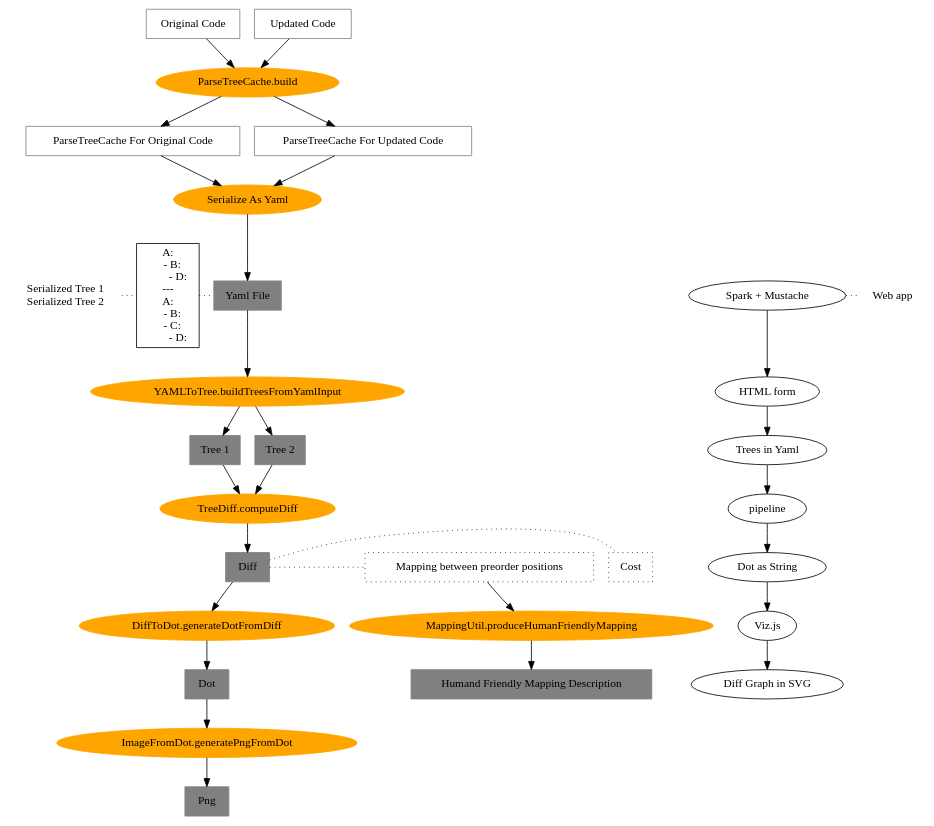
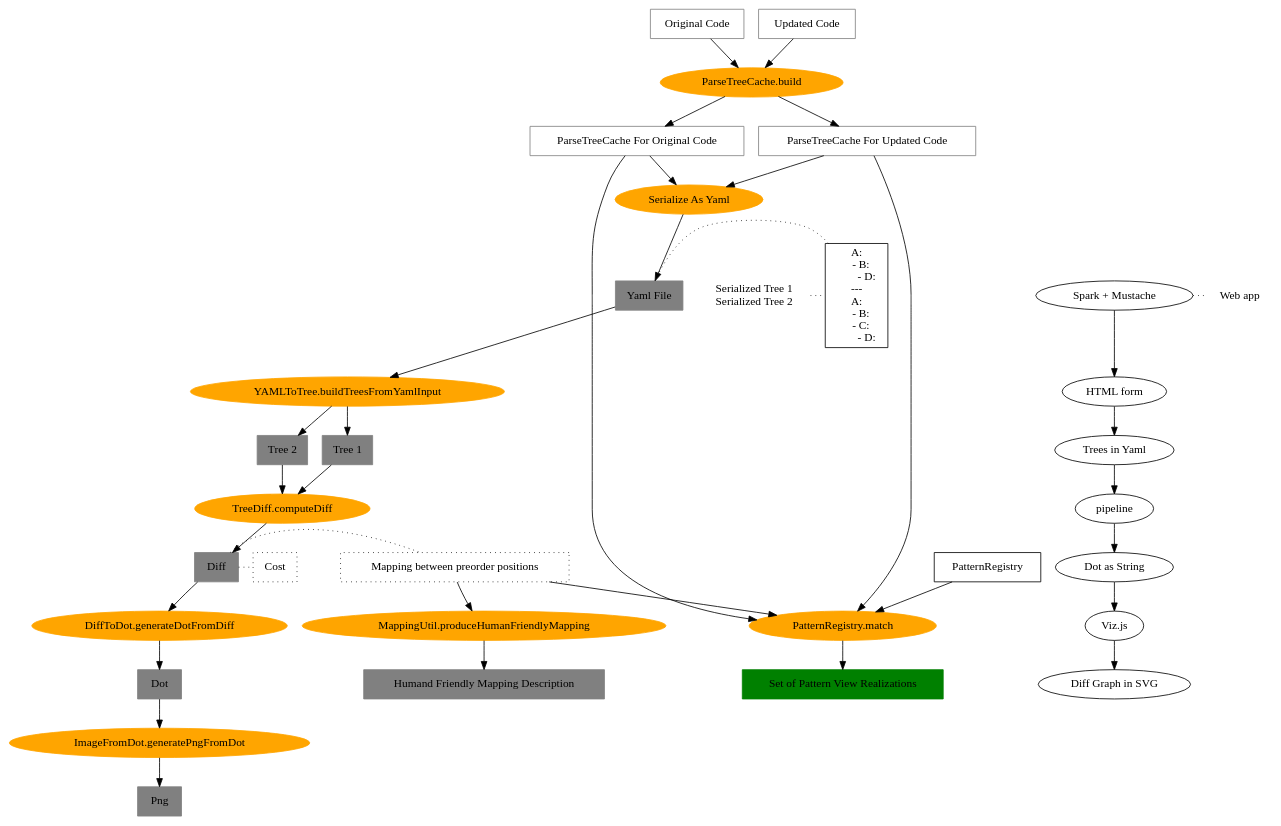
One commit to cagdasgerede/Veysel changed the diagram in doc/pipeline/Pipeline.dot. Above: the diagram before and after it, drawn with Graphviz. The commit also changed 1 other file, not shown here.

Commit message:
Add patterns and pattern registry to pipeline image

```diff
--- a/doc/pipeline/Pipeline.dot
+++ b/doc/pipeline/Pipeline.dot
@@ -1,68 +1,77 @@
 digraph G {
   "Original Code" [shape=box color=gray];
   "Updated Code" [shape=box color=gray];
   "ParseTreeCache For Original Code" [shape=box color=gray];
   "ParseTreeCache For Updated Code" [shape=box color=gray];
   "ParseTreeCache.build" [color=orange style=filled];
   "Original Code" -> "ParseTreeCache.build";
   "Updated Code" -> "ParseTreeCache.build";
   "ParseTreeCache.build" -> "ParseTreeCache For Original Code";
   "ParseTreeCache.build" -> "ParseTreeCache For Updated Code";
   "Serialize As Yaml" [color=orange style=filled];
   "ParseTreeCache For Original Code" -> "Serialize As Yaml";
   "ParseTreeCache For Updated Code" -> "Serialize As Yaml";
   "Serialize As Yaml" -> "Yaml File";
 
   
   "YamlContentLabel" [label="Serialized Tree 1\nSerialized Tree 2" shape=plaintext];
   "Yaml File" [shape=box color=gray style=filled];
   "YamlContent" [label="A:\n    - B:\n        - D:\n---\nA:\n    - B:\n    - C:\n        - D:" shape=box];
   { rank=same; "Yaml File" "YamlContent" "YamlContentLabel" }
   "Tree 1" [shape=box color=gray style=filled];
   "Tree 2" [shape=box color=gray style=filled];
   "Diff" [group=g1 shape=box color=gray style=filled];
   "Dot" [shape=box color=gray style=filled];
   "Png" [shape=box color=gray style=filled];
   "Humand Friendly Mapping Description" [shape=box color=gray style=filled];
   "Cost" [shape=box style=dotted];
   "Mapping between preorder positions" [group=g3 shape=box style=dotted];
 
   "YAMLToTree.buildTreesFromYamlInput" [color=orange style=filled];
   "TreeDiff.computeDiff" [color=orange style=filled];
   "DiffToDot.generateDotFromDiff" [group=g2 color=orange style=filled];
   "ImageFromDot.generatePngFromDot" [color=orange style=filled];
   "MappingUtil.produceHumanFriendlyMapping" [group=g4 color=orange style=filled];
   { rank=same; "DiffToDot.generateDotFromDiff" "MappingUtil.produceHumanFriendlyMapping" };
   { rank=same; "Diff" "Mapping between preorder positions" "Cost"};
 
 
   "Spark + Mustache";
   "WebLabel" [label="Web app" shape=plaintext];
   "Spark + Mustache" -> "WebLabel" [style=dotted arrowhead=none];
   "Spark + Mustache" -> "HTML form" -> "Trees in Yaml" -> "pipeline" -> "Dot as String" -> "Viz.js" -> "Diff Graph in SVG";
   { rank=same; "Yaml File" "Spark + Mustache" "WebLabel" }
 
   "YamlContentLabel" -> "YamlContent" [style=dotted arrowhead=none];
   "YamlContent" -> "Yaml File" [style=dotted arrowhead=none];
 
   "Yaml File" -> "YAMLToTree.buildTreesFromYamlInput";
   "YAMLToTree.buildTreesFromYamlInput" -> "Tree 1";
   "YAMLToTree.buildTreesFromYamlInput" -> "Tree 2";
   "Tree 1" -> "TreeDiff.computeDiff";
   "Tree 2" -> "TreeDiff.computeDiff";
   "TreeDiff.computeDiff" -> "Diff";
   "Diff" -> "Cost" [style=dotted arrowhead=none];
   "Diff" -> "Mapping between preorder positions" [style=dotted arrowhead=none];
 
   "Mapping between preorder positions" -> "MappingUtil.produceHumanFriendlyMapping";
   "MappingUtil.produceHumanFriendlyMapping" -> "Humand Friendly Mapping Description";
 
   "Diff" -> "DiffToDot.generateDotFromDiff";
   "DiffToDot.generateDotFromDiff" -> "Dot";
   "Dot" -> "ImageFromDot.generatePngFromDot";
   "ImageFromDot.generatePngFromDot" -> "Png";
 
+  "PatternRegistry" [shape=box];
+  "PatternRegistry" -> "PatternRegistry.match";
+  "ParseTreeCache For Original Code" -> "PatternRegistry.match";
+  "ParseTreeCache For Updated Code" -> "PatternRegistry.match";
+  "Mapping between preorder positions" -> "PatternRegistry.match";
+  "PatternRegistry.match" -> "Set of Pattern View Realizations";
+  "Set of Pattern View Realizations" [shape=box color=green style=filled];
+  "PatternRegistry.match" [color=orange style=filled];
+
   edge[style=invis];
   "Diff" -> "DiffToDot.generateDotFromDiff";
   "Mapping between preorder positions" -> "MappingUtil.produceHumanFriendlyMapping";
 }
```
